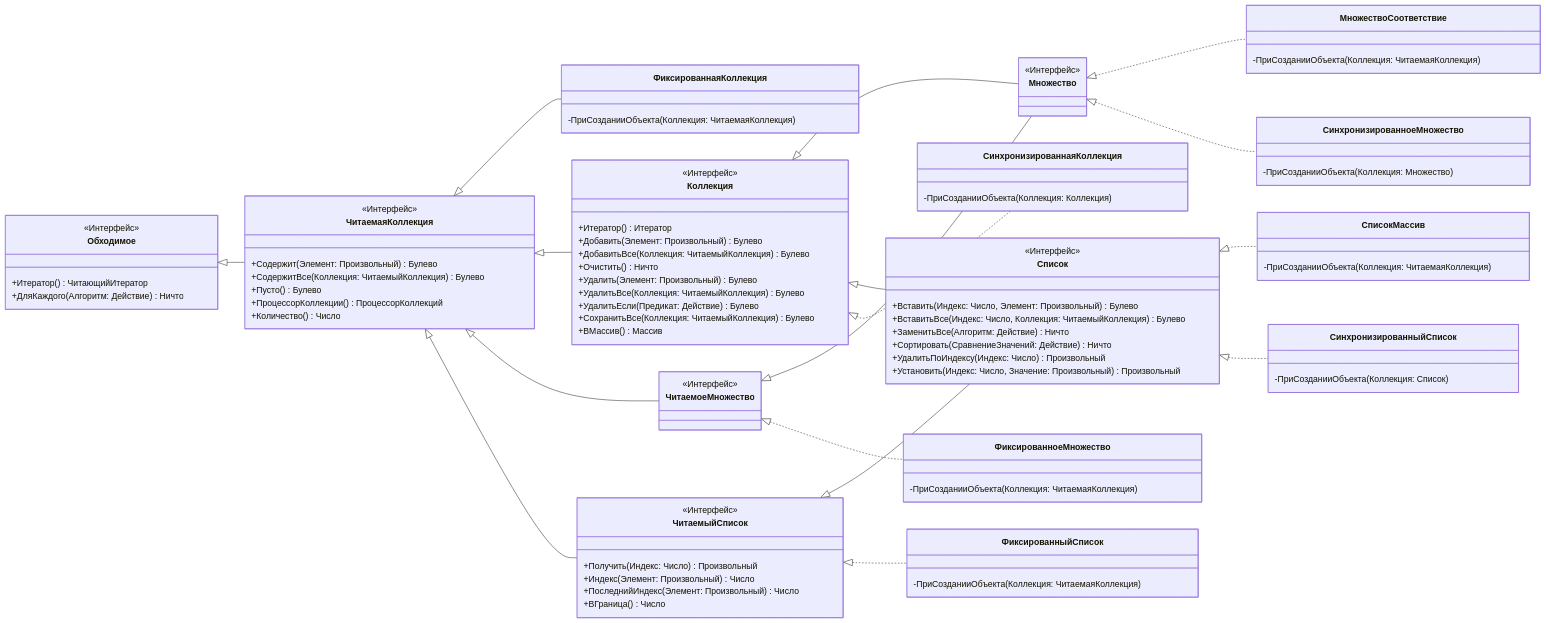
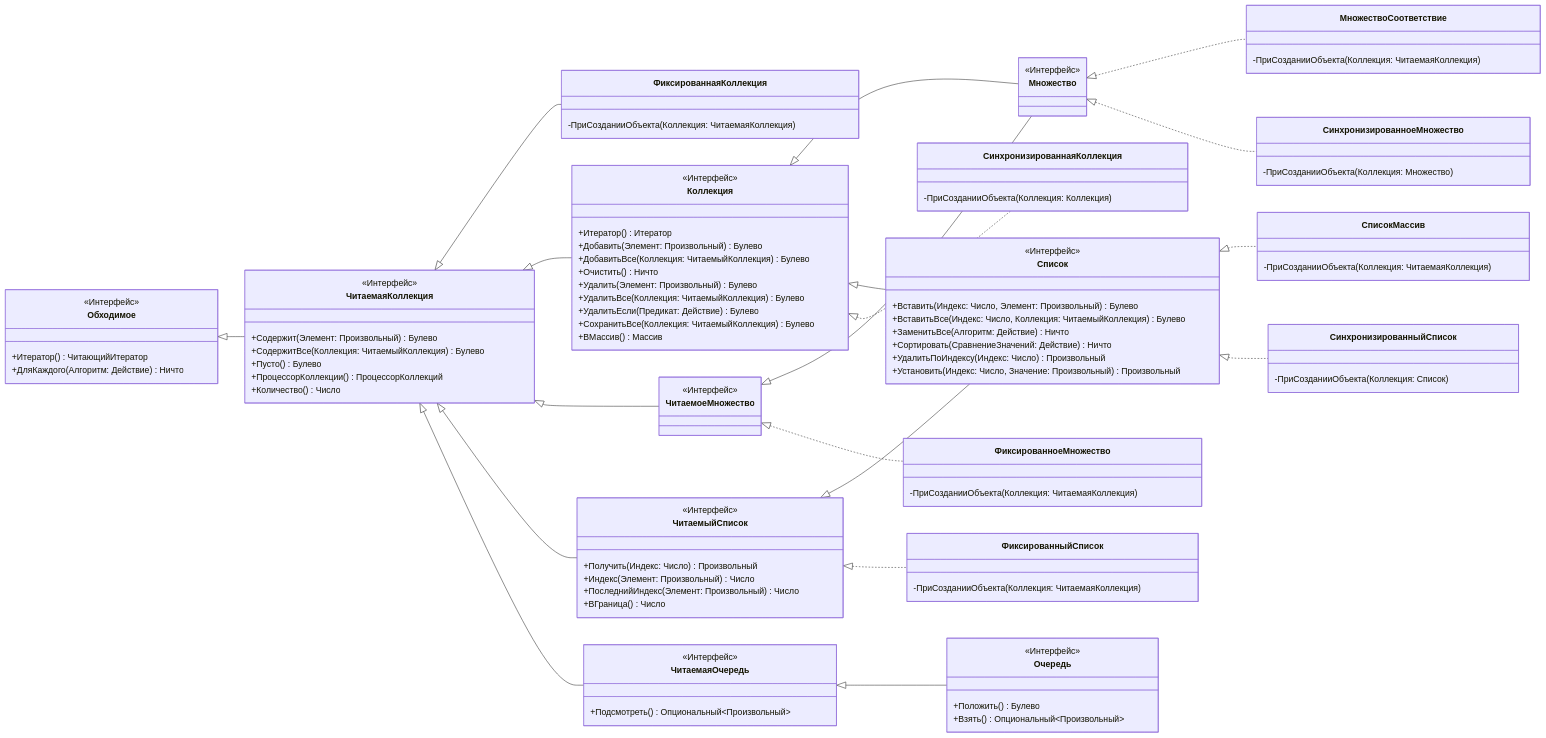
The first of 3 diagrams in README.md (sfaqer/collectionos), drawn with Mermaid before and after one commit. The commit also changed other lines of this file and 3 other files, not shown here.

````diff
--- a/README.md
+++ b/README.md
@@ -90,6 +90,17 @@
     +Сортировать(СравнениеЗначений: Действие) Ничто
     +УдалитьПоИндексу(Индекс: Число) Произвольный
     +Установить(Индекс: Число, Значение: Произвольный) Произвольный
+}
+
+class ЧитаемаяОчередь {
+    <<Интерфейс>>
+    +Подсмотреть() Опциональный~Произвольный~
+}
+
+class Очередь {
+    <<Интерфейс>>
+    +Положить() Булево
+    +Взять() Опциональный~Произвольный~
 }
 
 class ФиксированнаяКоллекция {
@@ -150,4 +161,7 @@
 Список <|.. СписокМассив
 Список <|.. СинхронизированныйСписок
 
+ЧитаемаяКоллекция <|-- ЧитаемаяОчередь
+ЧитаемаяОчередь <|-- Очередь
+
 ```
````
